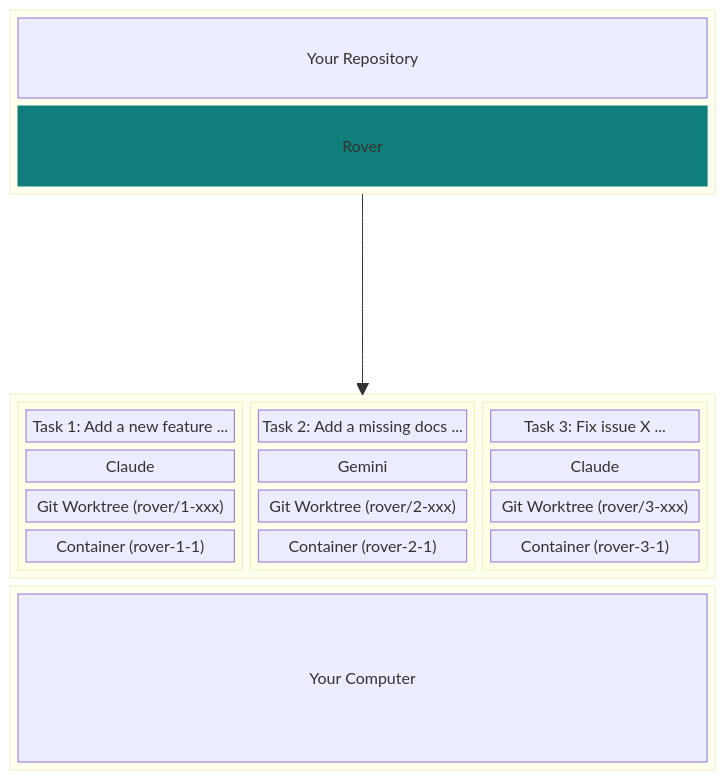
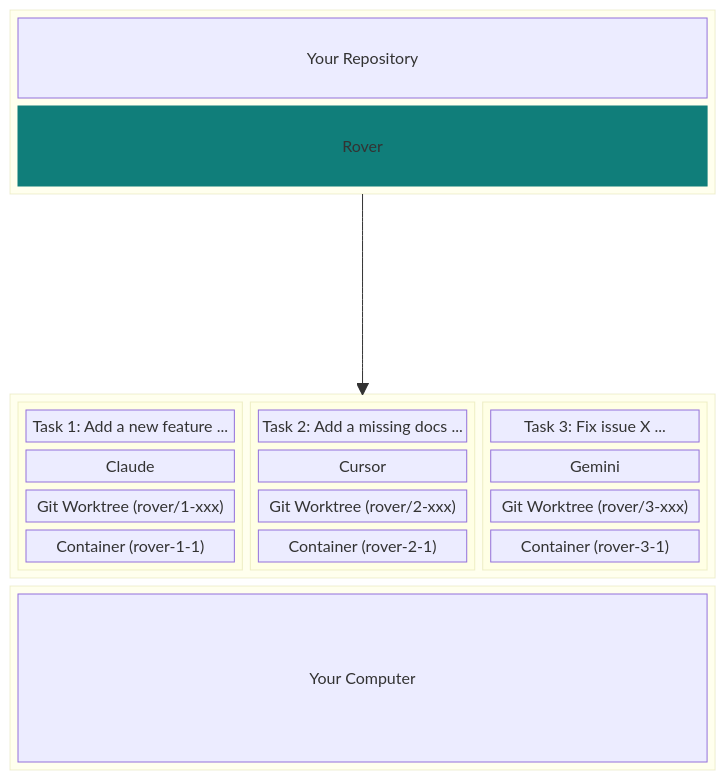
The diagram in README.md (endorhq/rover), drawn with Mermaid before and after one commit. The commit also changed other lines of this file, not shown here.

````diff
--- a/README.md
+++ b/README.md
@@ -58,38 +65,38 @@
 ```mermaid
 block-beta
 columns 1
   block:Tool
     columns 1
     Repository["Your Repository"]
     Rover
   end
   space
   block:ID
     block:group1
         columns 1
         Task1["Task 1: Add a new feature ..."]
         Agent1["Claude"]
         Repo1["Git Worktree (rover/1-xxx)"]
         Container1["Container (rover-1-1)"]
     end
     block:group2
         columns 1
         Task2["Task 2: Add a missing docs ..."]
-        Agent2["Gemini"]
+        Agent2["Cursor"]
         Repo2["Git Worktree (rover/2-xxx)"]
         Container2["Container (rover-2-1)"]
     end
     block:group3
         columns 1
         Task3["Task 3: Fix issue X ..."]
-        Agent3["Claude"]
+        Agent3["Gemini"]
         Repo3["Git Worktree (rover/3-xxx)"]
         Container3["Container (rover-3-1)"]
     end
   end
   block
     Computer["Your Computer"]
   end
   Tool --> ID
   style Rover fill:#107e7a,stroke:#107e7a
 ```
````
